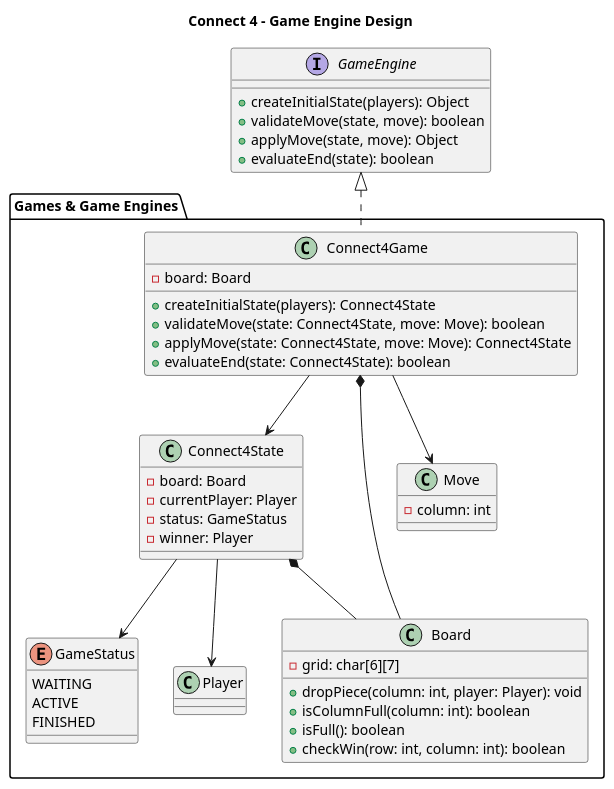
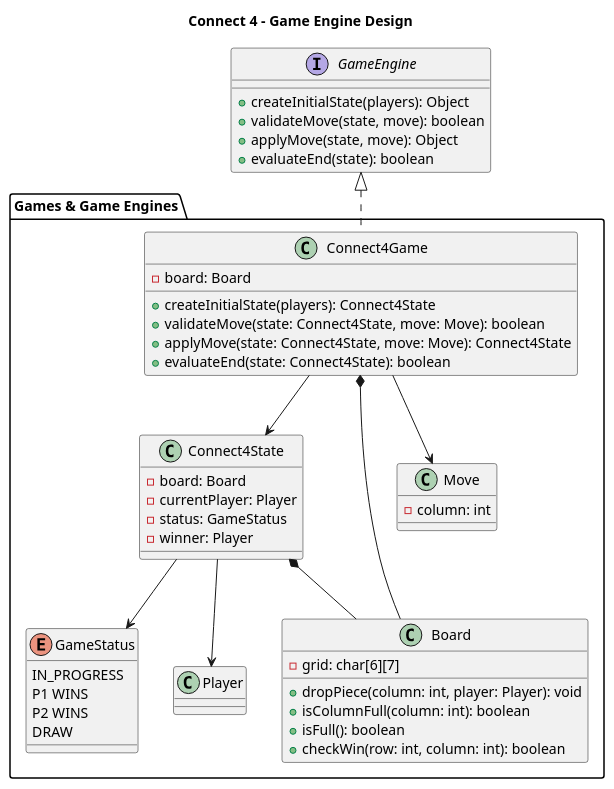
One commit to Gopi-x0/seng300-online-multiplayer-platform changed the diagram in docs/design/Connect4Game.puml. Above: the diagram before and after it, drawn with PlantUML.

Commit message:
Updated Connect4 UML diagram

```diff
--- a/docs/design/Connect4Game.puml
+++ b/docs/design/Connect4Game.puml
@@ -1,59 +1,60 @@
 @startuml
 
 title Connect 4 - Game Engine Design
 
 interface GameEngine {
     + createInitialState(players): Object
     + validateMove(state, move): boolean
     + applyMove(state, move): Object
     + evaluateEnd(state): boolean
 }
 
 package "Games & Game Engines" {
 
     class Connect4Game {
         - board: Board
         + createInitialState(players): Connect4State
         + validateMove(state: Connect4State, move: Move): boolean
         + applyMove(state: Connect4State, move: Move): Connect4State
         + evaluateEnd(state: Connect4State): boolean
     }
 
     class Connect4State {
         - board: Board
         - currentPlayer: Player
         - status: GameStatus
         - winner: Player
     }
 
     class Board {
         - grid: char[6][7]
         + dropPiece(column: int, player: Player): void
         + isColumnFull(column: int): boolean
         + isFull(): boolean
         + checkWin(row: int, column: int): boolean
     }
 
     class Move {
         - column: int
     }
 
     enum GameStatus {
-        WAITING
-        ACTIVE
-        FINISHED
+        IN_PROGRESS
+        P1 WINS
+        P2 WINS
+        DRAW
     }
 
     class Player
 }
 
 GameEngine <|.. Connect4Game
 
 Connect4Game *-- Board
 Connect4Game --> Connect4State
 Connect4State *-- Board
 Connect4State --> Player
 Connect4State --> GameStatus
 Connect4Game --> Move
 
 @enduml
```
